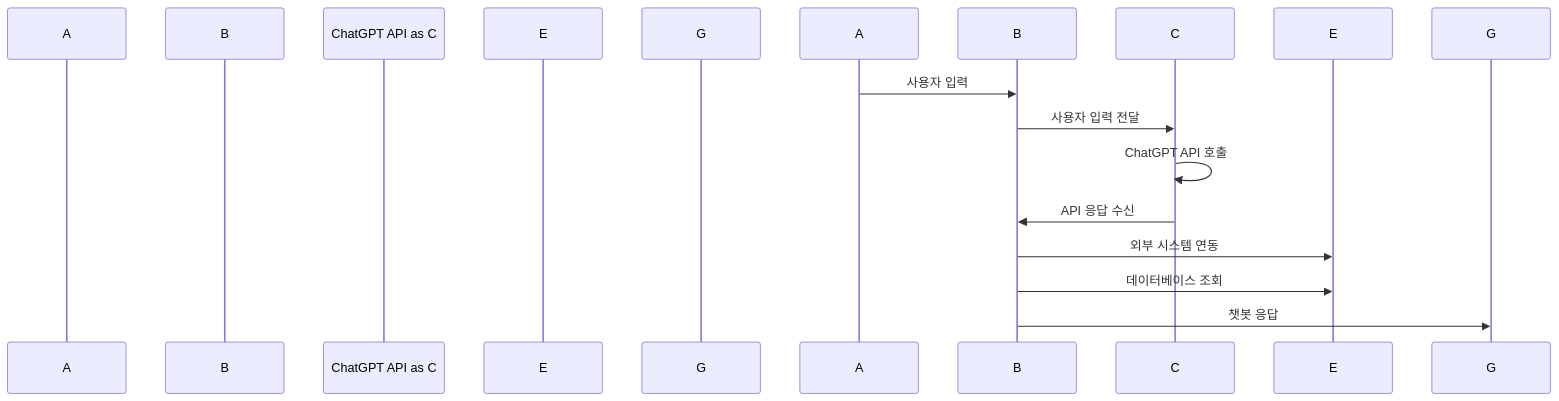
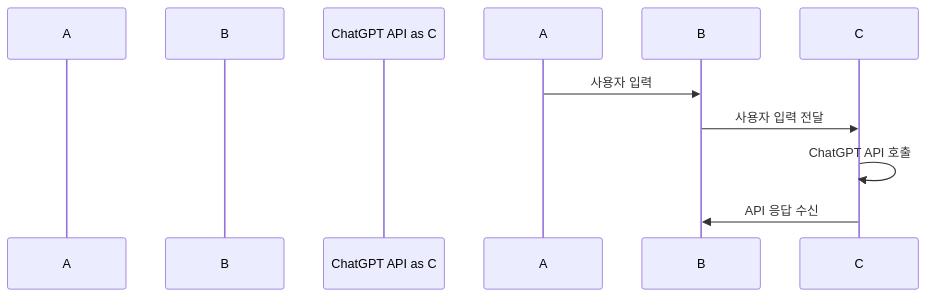
One commit to seungil1/recommand_tour changed the diagram in README.md. Above: the diagram before and after it, drawn with Mermaid.

````diff
--- a/README.md
+++ b/README.md
@@ -22,16 +22,11 @@
 ```mermaid
 sequenceDiagram
   participant User as A
   participant 챗봇엔진 as B
   participant ChatGPT API as C
-  participant 시스템 as E
-  participant 응답 as G
 
   A ->> B: 사용자 입력
   B ->> C: 사용자 입력 전달
   C ->> C: ChatGPT API 호출
   C ->> B: API 응답 수신
-  B ->> E: 외부 시스템 연동
-  B ->> E: 데이터베이스 조회
-  B ->> G: 챗봇 응답
 ```
````
